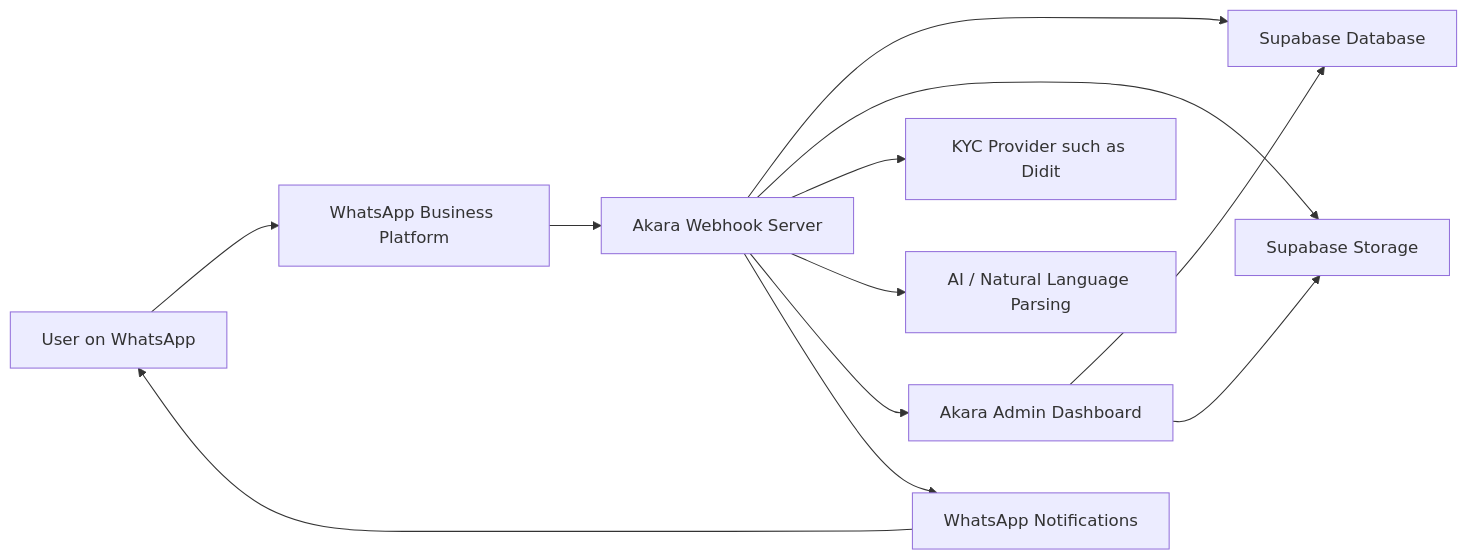
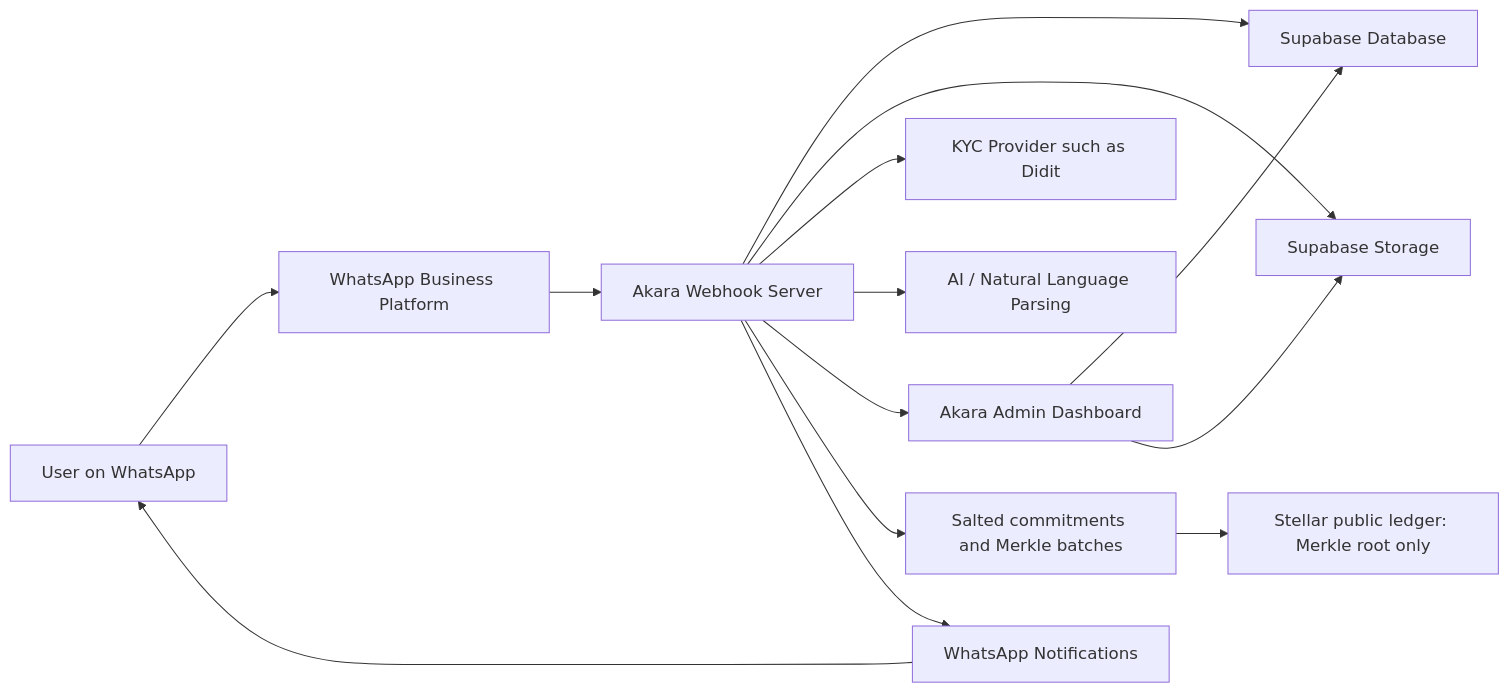
The diagram in docs/compliance/record-of-processing-activities.md (Thegreatsonofigma/Akara), drawn with Mermaid before and after one commit. The commit also changed other lines of this file and 29 other files, not shown here.

````diff
--- a/docs/compliance/record-of-processing-activities.md
+++ b/docs/compliance/record-of-processing-activities.md
@@ -9,14 +9,16 @@
 ```mermaid
 flowchart LR
   U["User on WhatsApp"] --> W["WhatsApp Business Platform"]
   W --> A["Akara Webhook Server"]
   A --> DB["Supabase Database"]
   A --> S["Supabase Storage"]
   A --> K["KYC Provider such as Didit"]
   A --> AI["AI / Natural Language Parsing"]
   A --> AD["Akara Admin Dashboard"]
+  A --> C["Salted commitments and Merkle batches"]
+  C --> ST["Stellar public ledger: Merkle root only"]
   AD --> DB
   AD --> S
   A --> N["WhatsApp Notifications"]
   N --> U
 ```
````
